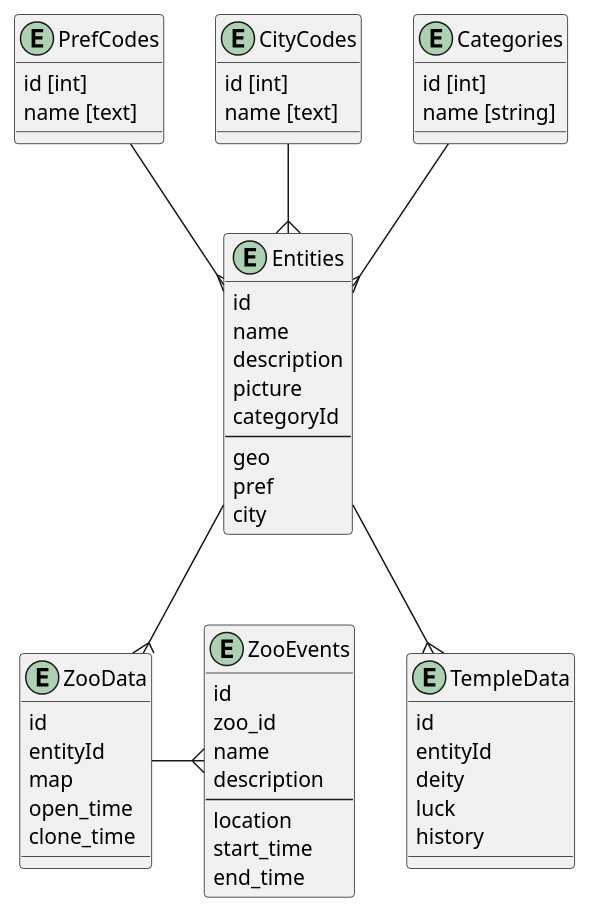
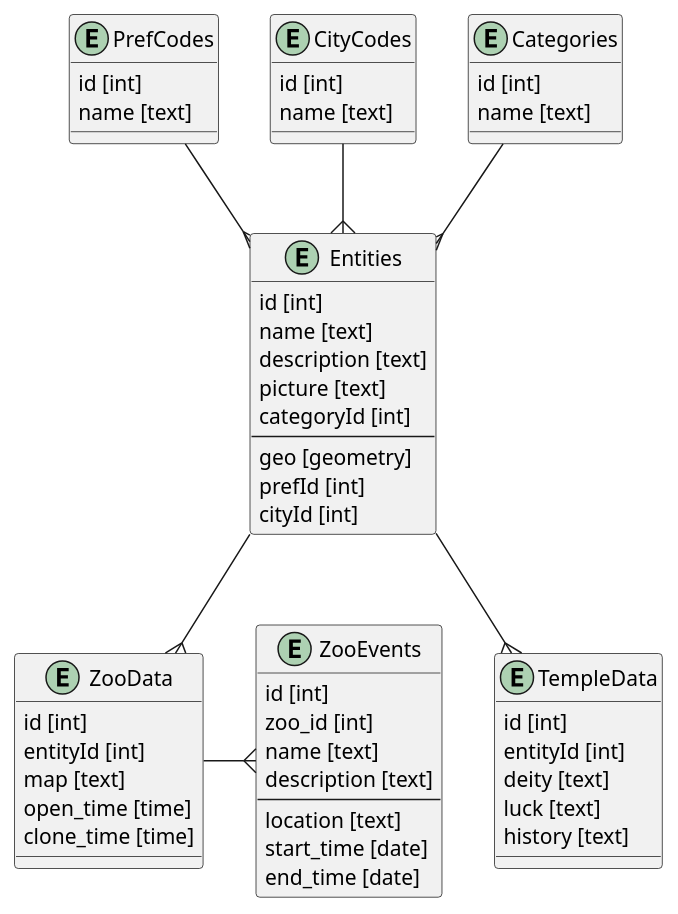
One commit to ProjectX-Tourismap/data-collection changed the diagram in database.puml. Above: the diagram before and after it, drawn with PlantUML.

Commit message:
:+1: add datatypes

```diff
--- a/database.puml
+++ b/database.puml
@@ -1,65 +1,65 @@
 @startuml
 
 entity PrefCodes {
 	id [int]
 	name [text]
 }
 
 entity CityCodes {
 	id [int]
 	name [text]
 }
 
 entity Categories {
 	id [int]
-	name [string]
+	name [text]
 }
 
 entity ZooEvents {
-	id
-	zoo_id
-	name
-	description
+	id [int]
+	zoo_id [int]
+	name [text]
+	description [text]
 	---
-	location
-	start_time
-	end_time
+	location [text]
+	start_time [date]
+	end_time [date]
 }
 
 entity Entities {
-    id
-    name
-    description
-    picture
-    categoryId
+    id [int]
+    name [text]
+    description [text]
+    picture [text]
+    categoryId [int]
     ----
-    geo
-    pref
-    city
+    geo [geometry]
+    prefId [int]
+    cityId [int]
 }
 
 entity TempleData {
-    id
-    entityId
-    deity
-    luck
-    history
+    id [int]
+    entityId [int]
+    deity [text]
+    luck [text]
+    history [text]
 }
 
 entity ZooData {
-    id
-    entityId
-    map
-    open_time
-    clone_time
+    id [int]
+    entityId [int]
+    map [text]
+    open_time [time]
+    clone_time [time]
 }
 
 Entities --{ TempleData
 Entities --{ ZooData
 ZooData -{ ZooEvents
 
 PrefCodes --{ Entities
 CityCodes --{ Entities
 Categories --{ Entities
 
 @enduml
```
